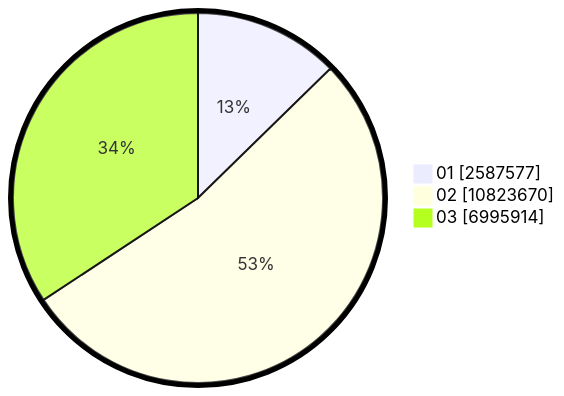
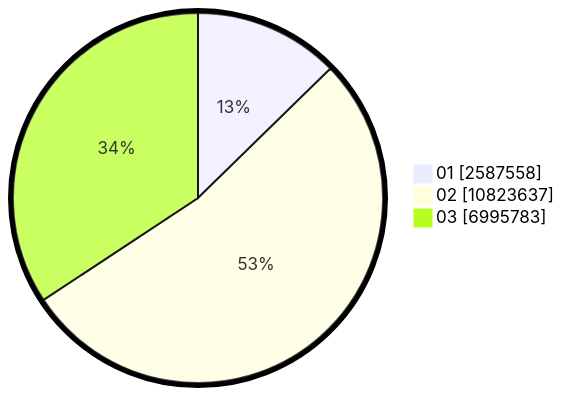
Before and after one commit to gigit-pemilu/pemilu-2024: the second of 2 diagrams in pilpres/hitung-suara/sub/table-wilayah-33.md, drawn with Mermaid. The commit also changed other lines of this file and 8 other files, not shown here.

````diff
--- a/pilpres/hitung-suara/sub/table-wilayah-33.md
+++ b/pilpres/hitung-suara/sub/table-wilayah-33.md
@@ -15,7 +15,7 @@
 ```mermaid
 %%{init: {"pie": {"textPosition": 0.5}, "themeVariables": {"pieOuterStrokeWidth": "5px"}} }%%
 pie showData
-    "01" : 2587577
-    "02" : 10823670
-    "03" : 6995914
+    "01" : 2587558
+    "02" : 10823637
+    "03" : 6995783
 ```
````
